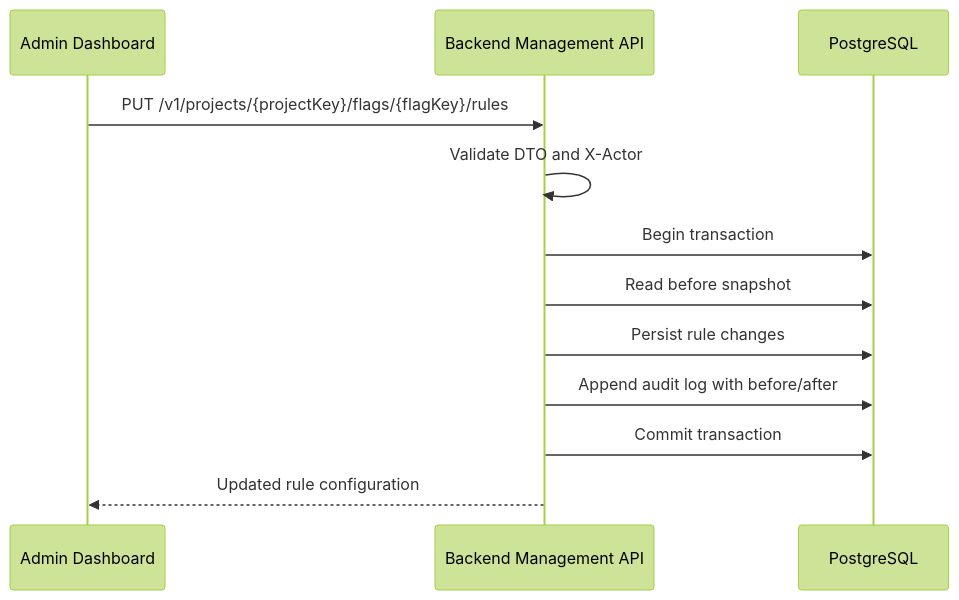
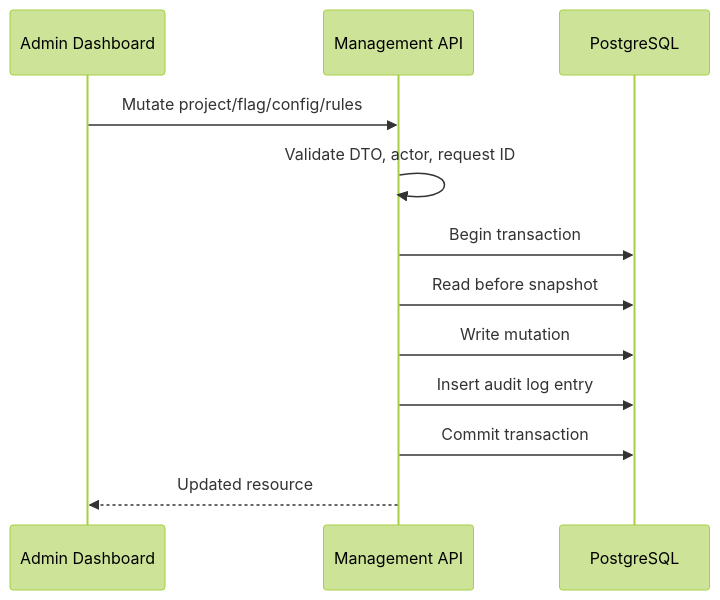
Before and after one commit to fabyanbui/feature-flag-platform: the fourth of 5 diagrams in docs/learning/codebase-map.md, drawn with Mermaid (forest theme). The commit also changed other lines of this file, not shown here.

````diff
--- a/docs/learning/codebase-map.md
+++ b/docs/learning/codebase-map.md
@@ -745,15 +882,15 @@
 ```mermaid
 sequenceDiagram
   participant Admin as Admin Dashboard
-  participant API as Backend Management API
+  participant API as Management API
   participant DB as PostgreSQL
 
-  Admin->>API: PUT /v1/projects/{projectKey}/flags/{flagKey}/rules
-  API->>API: Validate DTO and X-Actor
+  Admin->>API: Mutate project/flag/config/rules
+  API->>API: Validate DTO, actor, request ID
   API->>DB: Begin transaction
   API->>DB: Read before snapshot
-  API->>DB: Persist rule changes
-  API->>DB: Append audit log with before/after
+  API->>DB: Write mutation
+  API->>DB: Insert audit log entry
   API->>DB: Commit transaction
-  API-->>Admin: Updated rule configuration
+  API-->>Admin: Updated resource
 ```
````
